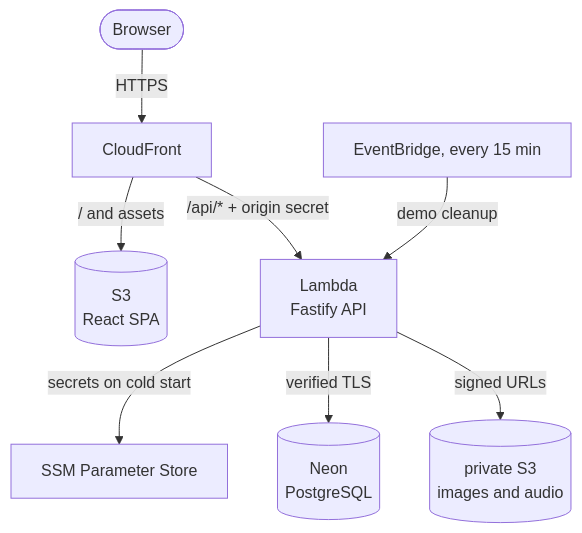
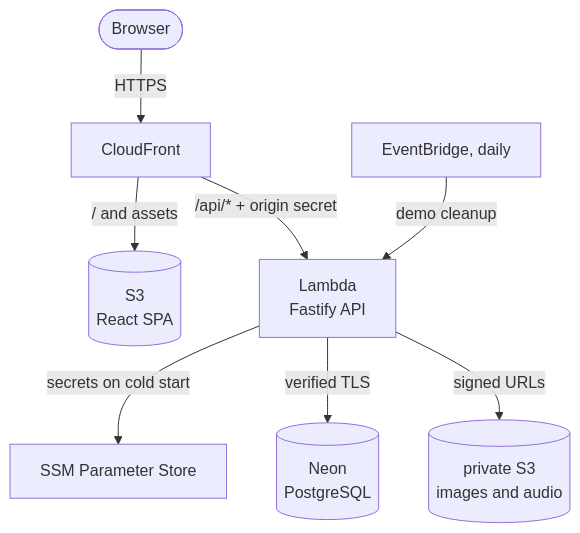
One commit to joaolaureano/portfolio changed the diagram in src/content/projects/memorization.md. Above: the diagram before and after it, drawn with Mermaid. The commit also changed other lines of this file and 12 other files, not shown here.

````diff
--- a/src/content/projects/memorization.md
+++ b/src/content/projects/memorization.md
@@ -42,10 +70,10 @@
 ```mermaid
 flowchart TD
     U([Browser]) -->|HTTPS| CF[CloudFront]
     CF -->|/ and assets| S3[(S3<br/>React SPA)]
     CF -->|/api/* + origin secret| L[Lambda<br/>Fastify API]
     L -->|secrets on cold start| SSM[SSM Parameter Store]
     L -->|verified TLS| DB[(Neon<br/>PostgreSQL)]
     L -->|signed URLs| M[(private S3<br/>images and audio)]
-    EB[EventBridge, every 15 min] -->|demo cleanup| L
+    EB[EventBridge, daily] -->|demo cleanup| L
 ```
````
